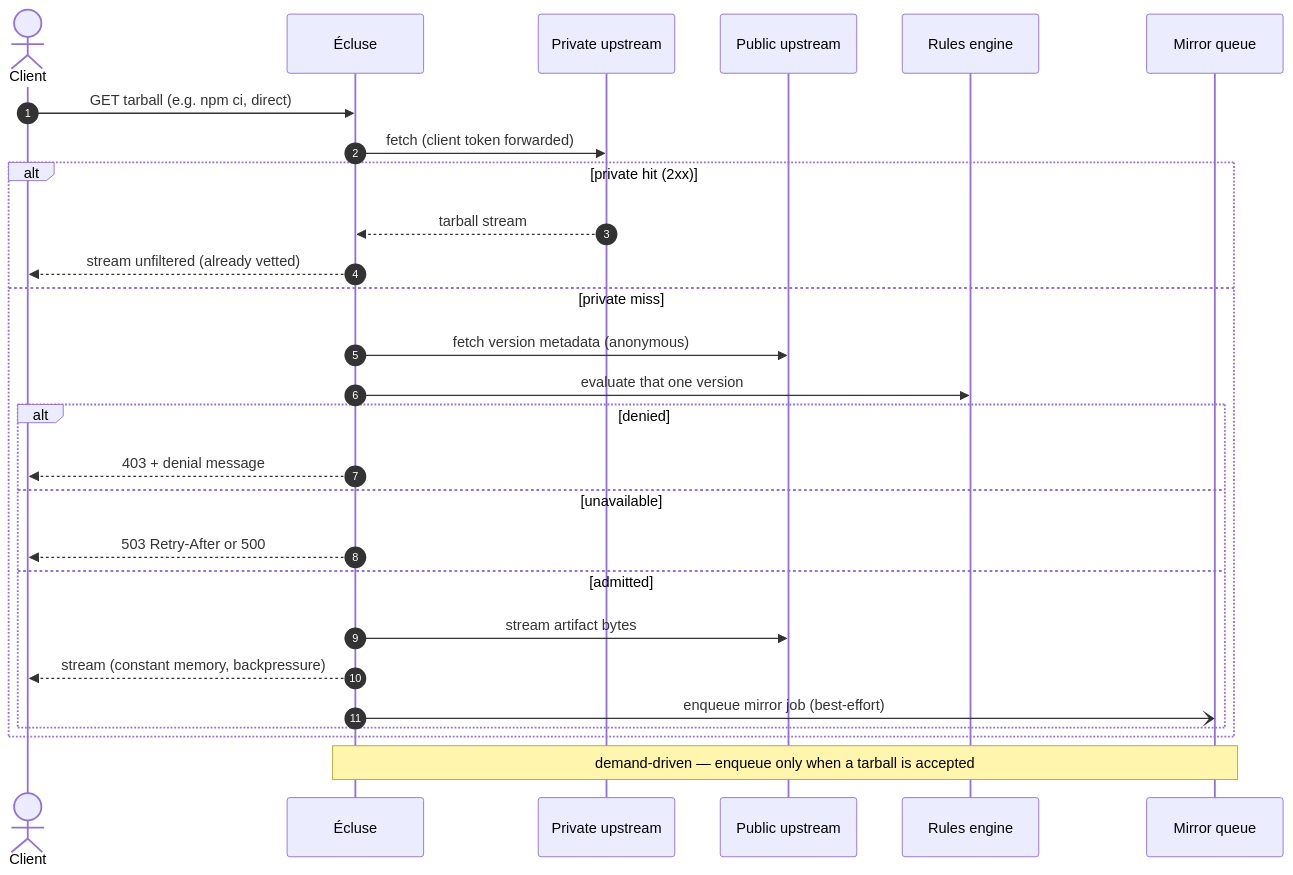
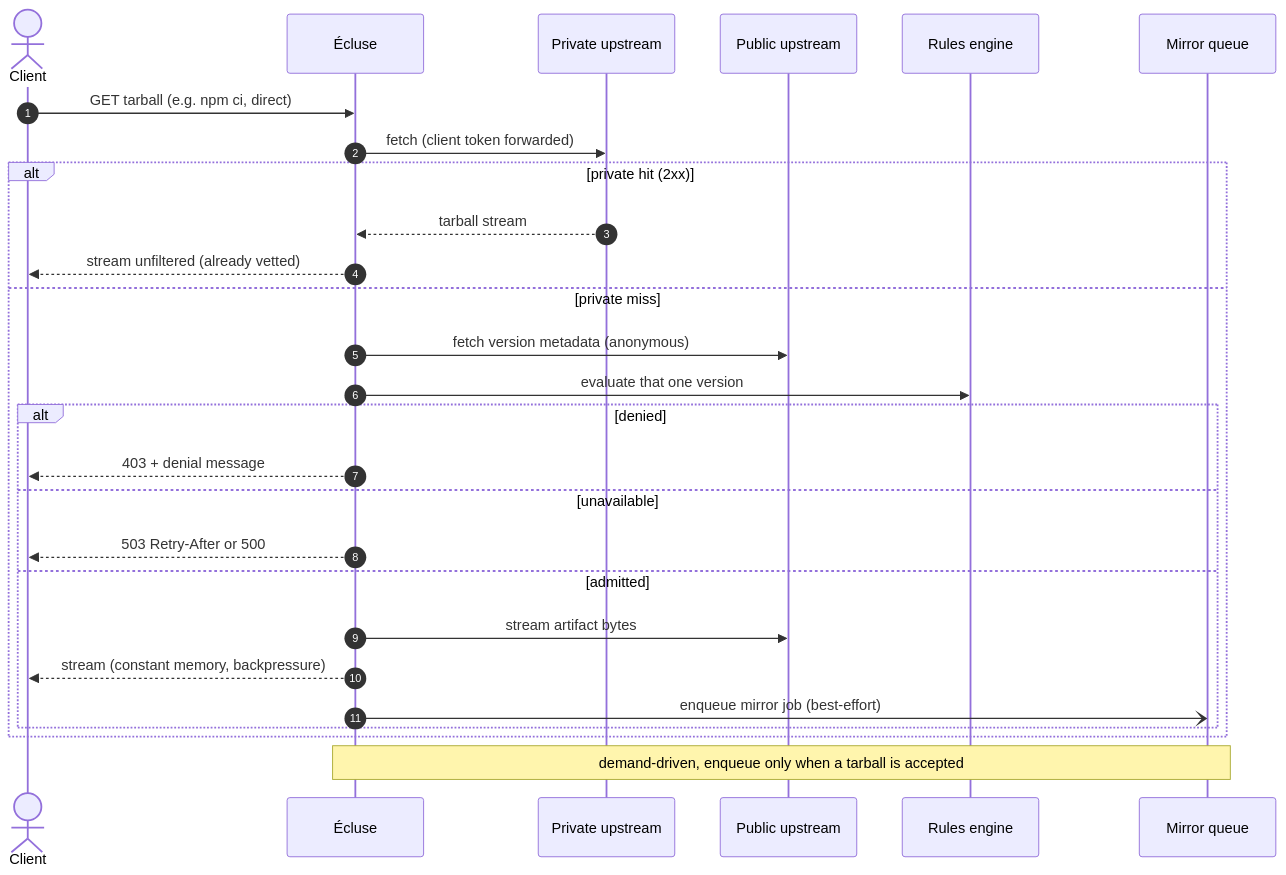
One commit to AlexaDeWit/Ecluse changed the third of 8 diagrams in docs/architecture/diagrams.md. Above: the diagram before and after it, drawn with Mermaid. The commit also changed other lines of this file and 91 other files, not shown here.

````diff
--- a/docs/architecture/diagrams.md
+++ b/docs/architecture/diagrams.md
@@ -130,30 +130,30 @@
 ```mermaid
 sequenceDiagram
     autonumber
     actor Client
     participant E as Écluse
     participant Priv as Private upstream
     participant Pub as Public upstream
     participant Rules as Rules engine
     participant Queue as Mirror queue
 
     Client->>E: GET tarball (e.g. npm ci, direct)
     E->>Priv: fetch (client token forwarded)
     alt private hit (2xx)
         Priv-->>E: tarball stream
         E-->>Client: stream unfiltered (already vetted)
     else private miss
         E->>Pub: fetch version metadata (anonymous)
         E->>Rules: evaluate that one version
         alt denied
             E-->>Client: 403 + denial message
         else unavailable
             E-->>Client: 503 Retry-After or 500
         else admitted
             E->>Pub: stream artifact bytes
             E-->>Client: stream (constant memory, backpressure)
             E-)Queue: enqueue mirror job (best-effort)
         end
     end
-    Note over E,Queue: demand-driven — enqueue only when a tarball is accepted
+    Note over E,Queue: demand-driven, enqueue only when a tarball is accepted
 ```
````
